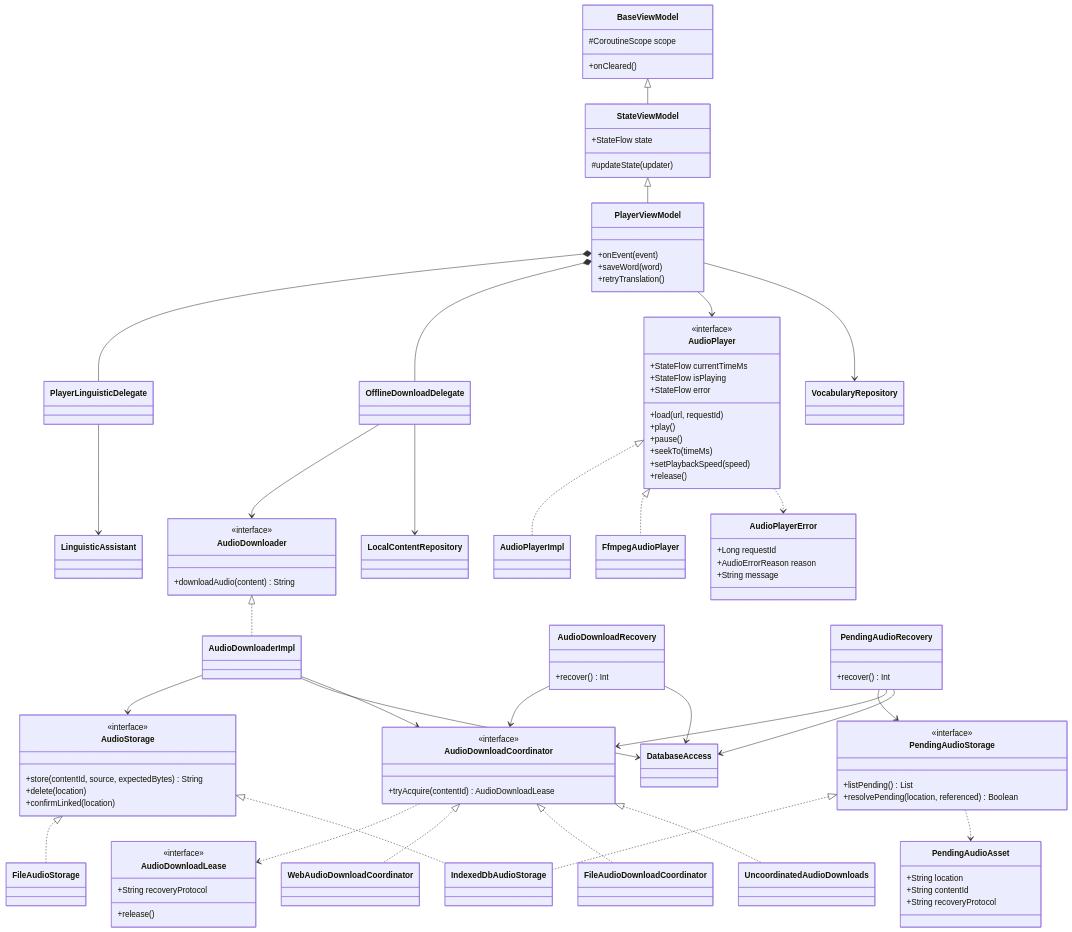
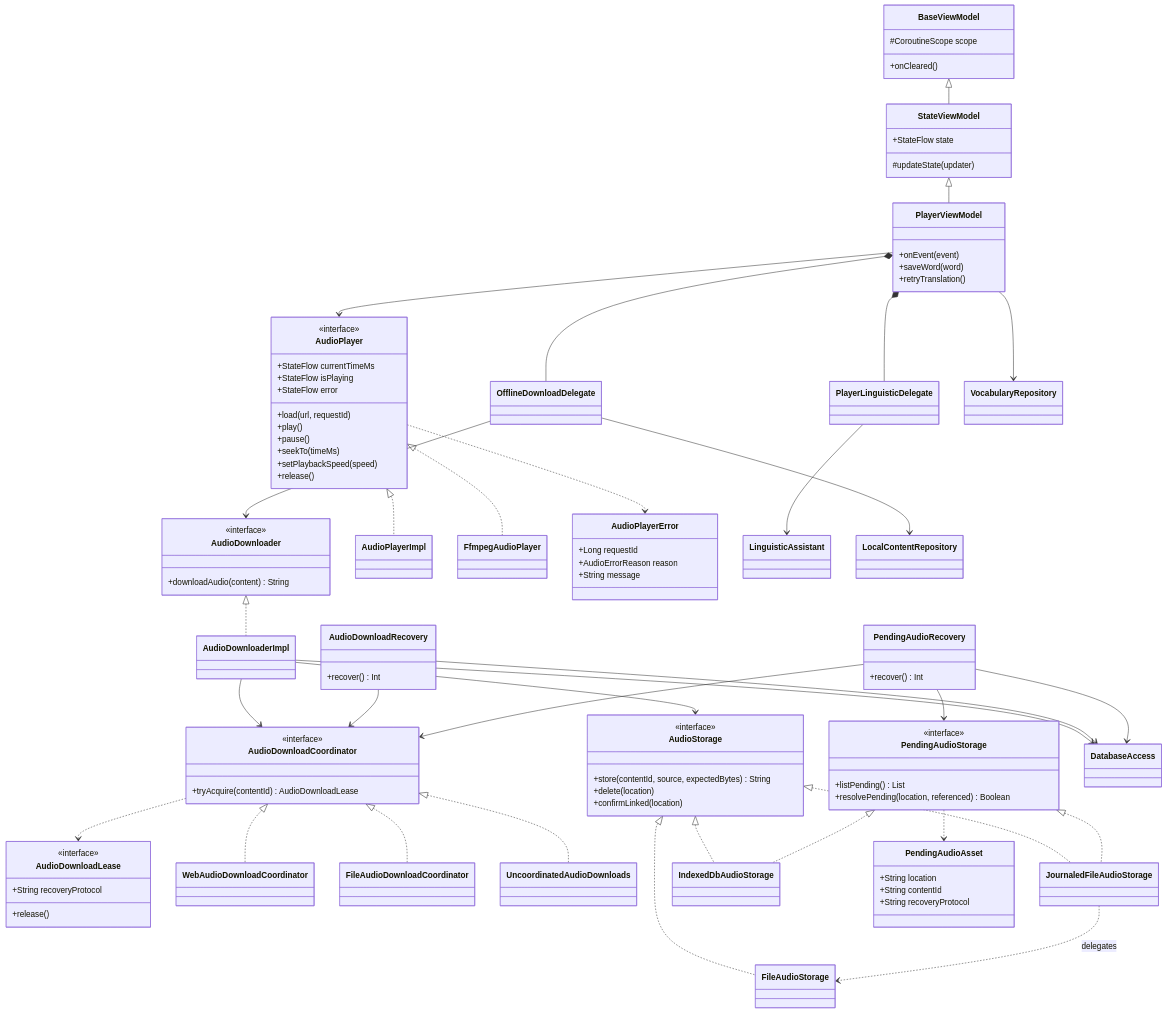
One commit to ursusandwolf/langkraft changed the third of 4 diagrams in docs/UML_CLASSES.md. Above: the diagram before and after it, drawn with Mermaid. The commit also changed other lines of this file and 18 other files, not shown here.

Commit message:
fix: recover desktop audio files with a durable pending journal

```diff
--- a/docs/UML_CLASSES.md
+++ b/docs/UML_CLASSES.md
@@ -174,6 +174,7 @@
         +confirmLinked(location)
     }
     class FileAudioStorage
+    class JournaledFileAudioStorage
     class IndexedDbAudioStorage
     class PendingAudioStorage {
         <<interface>>
@@ -227,8 +228,11 @@
     AudioDownloadRecovery --> AudioDownloadCoordinator
     AudioDownloadRecovery --> DatabaseAccess
     AudioStorage <|.. FileAudioStorage
+    AudioStorage <|.. JournaledFileAudioStorage
+    JournaledFileAudioStorage ..> FileAudioStorage : delegates
     AudioStorage <|.. IndexedDbAudioStorage
     PendingAudioStorage <|.. IndexedDbAudioStorage
+    PendingAudioStorage <|.. JournaledFileAudioStorage
     PendingAudioStorage ..> PendingAudioAsset
     PendingAudioRecovery --> PendingAudioStorage
     PendingAudioRecovery --> AudioDownloadCoordinator
```
